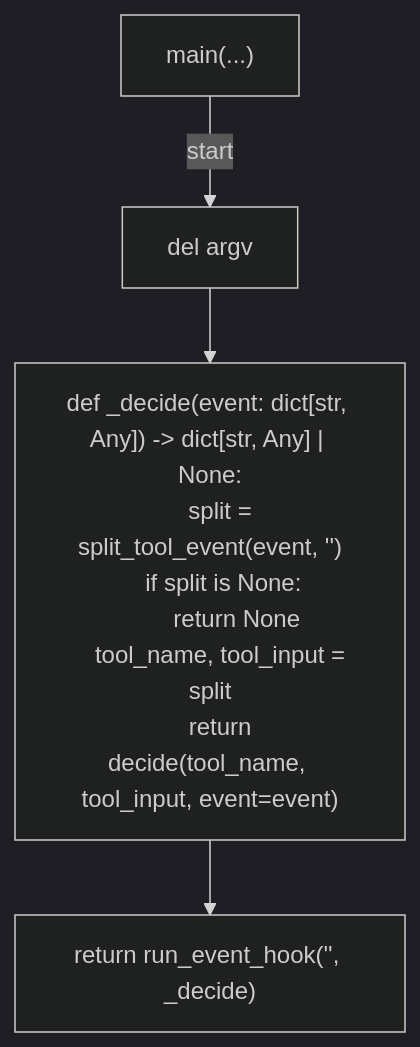
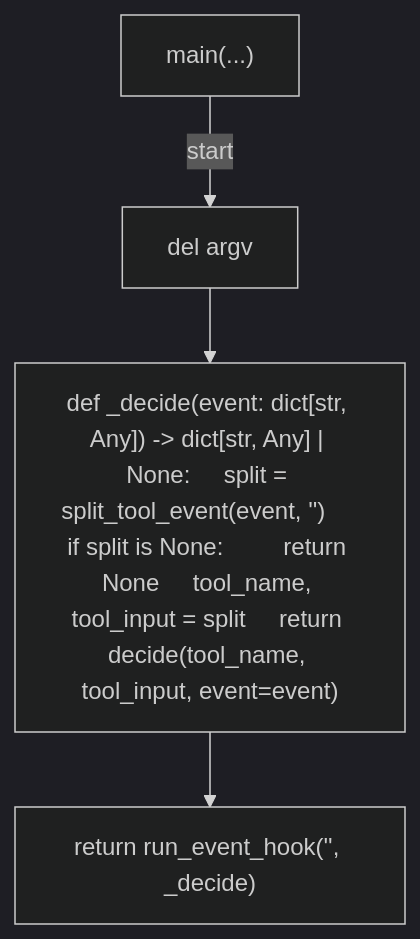
Before and after one commit to tvna/claude-md: the sixth of 6 diagrams in docs/generated/scripts/ast/preflight_codex_github_footer.md, drawn with Mermaid (dark theme). The commit also changed other lines of this file and 29 other files, not shown here.

First line of the commit message:
docs(generated): regenerate decision tree and workflow diagrams (batch 3/5)

````diff
--- a/docs/generated/scripts/ast/preflight_codex_github_footer.md
+++ b/docs/generated/scripts/ast/preflight_codex_github_footer.md
@@ -128,15 +122,10 @@
 ```mermaid
 flowchart TD
     N001["main(...)"]
     N002["del argv"]
-    N003["def _decide(event: dict[str, Any]) -> dict[str, Any] | None:
-    split = split_tool_event(event, '<str>')
-    if split is None:
-        return None
-    tool_name, tool_input = split
-    return decide(tool_name, tool_input, event=event)"]
+    N003["def _decide(event: dict[str, Any]) -> dict[str, Any] | None:     split = split_tool_event(event, '<str>')     if split is None:         return None     tool_name, tool_input = split     return decide(tool_name, tool_input, event=event)"]
     N004["return run_event_hook('<str>', _decide)"]
     N001 -->|"start"| N002
     N002 --> N003
     N003 --> N004
 ```
````
